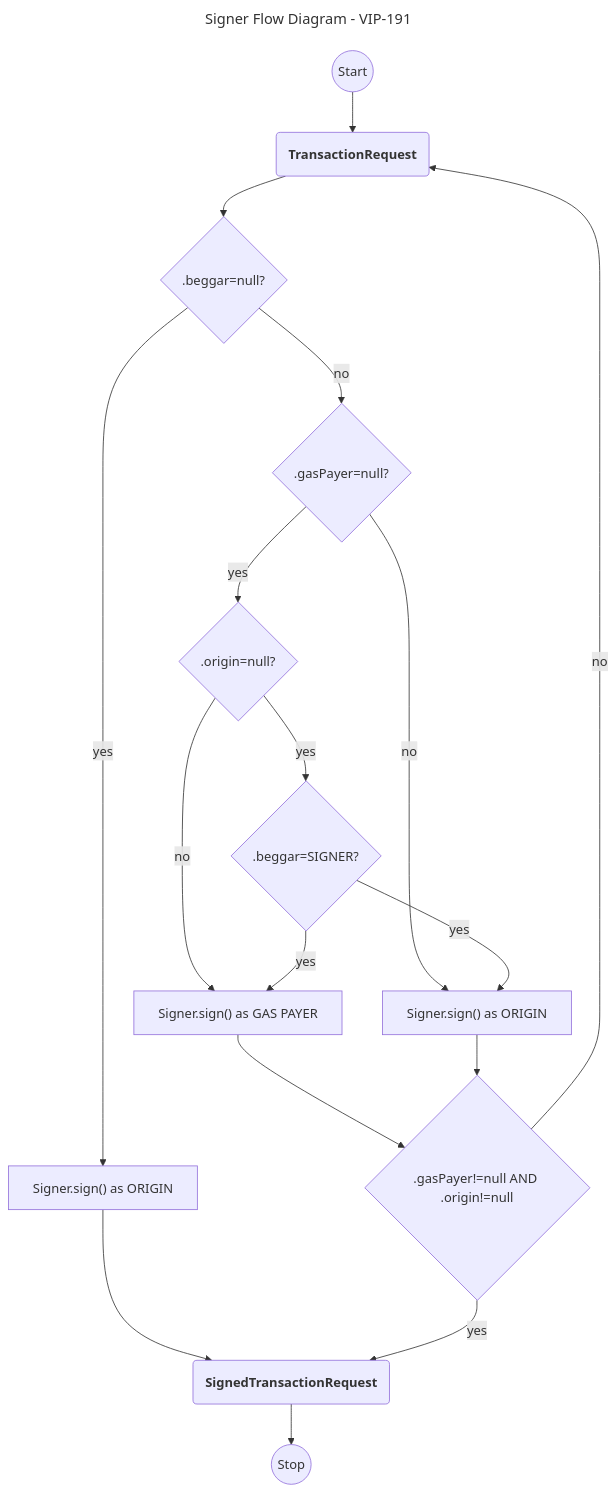
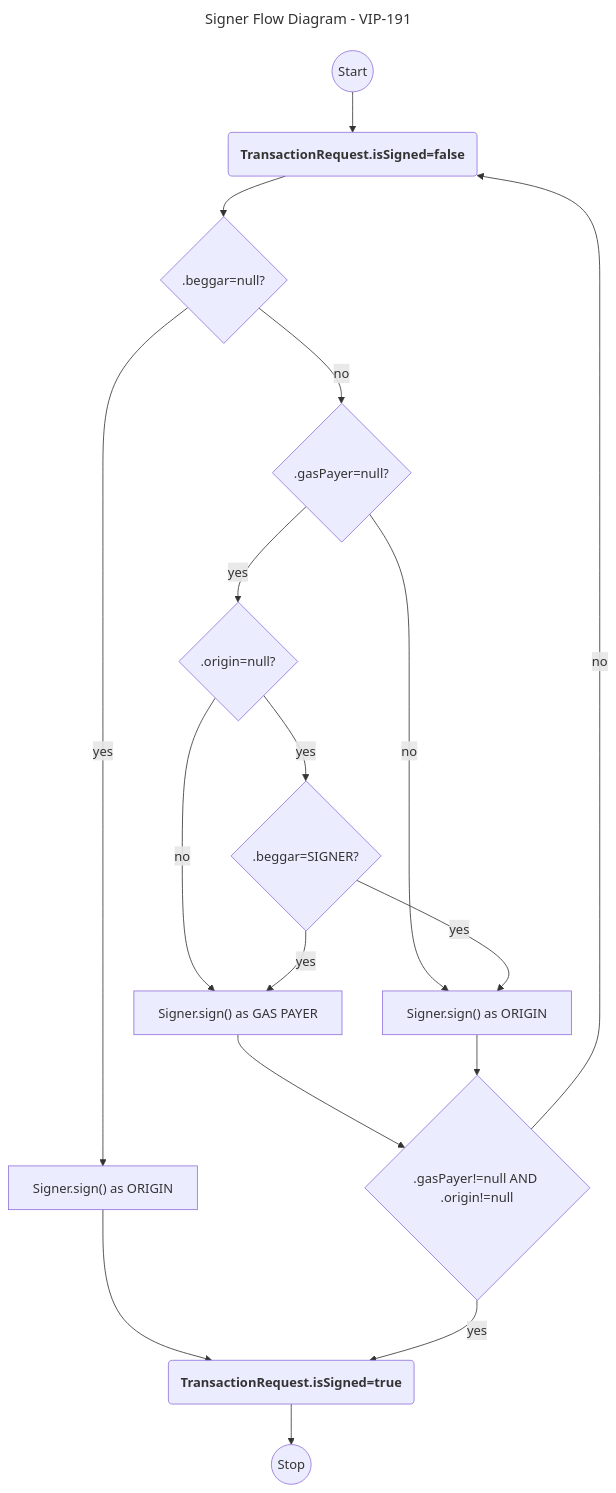
The diagram in docs/thorest/thor/signer/signer_flow.mmd (vechain/vechain-sdk-js), drawn with Mermaid before and after one commit. The commit also changed 4 other files, not shown here.

Commit message:
feat: 2476 TransactionRequestRLPCodec...

```diff
--- a/docs/thorest/thor/signer/signer_flow.mmd
+++ b/docs/thorest/thor/signer/signer_flow.mmd
@@ -1,32 +1,32 @@
 ---
 title: Signer Flow Diagram - VIP-191
 ---
 flowchart TB
     START(("Start"))
-    TXR("`**TransactionRequest**`")
+    TXR("`**TransactionRequest.isSigned=false**`")
     TXR_B{.beggar=null?}
     OS_TXR["Signer.sign() as ORIGIN"]
     TXR_BS{.beggar=SIGNER?}
     OS_TXR_BST["Signer.sign() as ORIGIN"]
     GS_TXR_BSF["Signer.sign() as GAS PAYER"]
     TXR_G{.gasPayer=null?}
     TXR_O{.origin=null?}
     TXR_S{".gasPayer!=null AND .origin!=null"}
-    STXR("`**SignedTransactionRequest**`")
+    STXR("`**TransactionRequest.isSigned=true**`")
     STOP(("Stop"))
     START --> TXR
     TXR --> TXR_B
     TXR_B -- yes--> OS_TXR
     OS_TXR --> STXR
     TXR_B -- no --> TXR_G
     TXR_G -- yes --> TXR_O
     TXR_G -- no --> OS_TXR_BST
     TXR_O -- yes --> TXR_BS
     TXR_O -- no --> GS_TXR_BSF
     TXR_BS -- yes --> OS_TXR_BST
     TXR_BS -- "yes" --> GS_TXR_BSF
     GS_TXR_BSF --> TXR_S
     OS_TXR_BST --> TXR_S
     TXR_S -- no --> TXR
     TXR_S -- yes --> STXR
     STXR --> STOP
```
